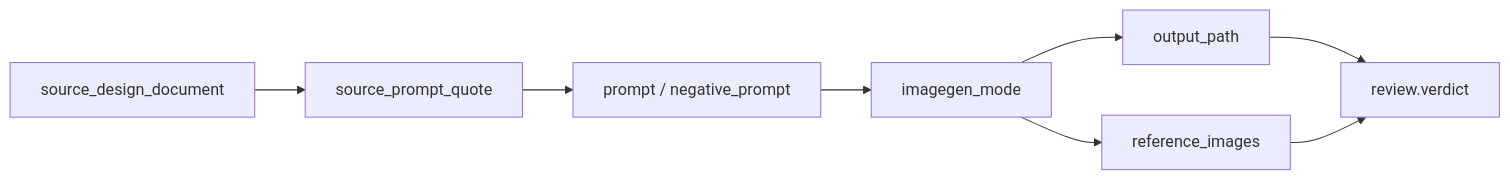
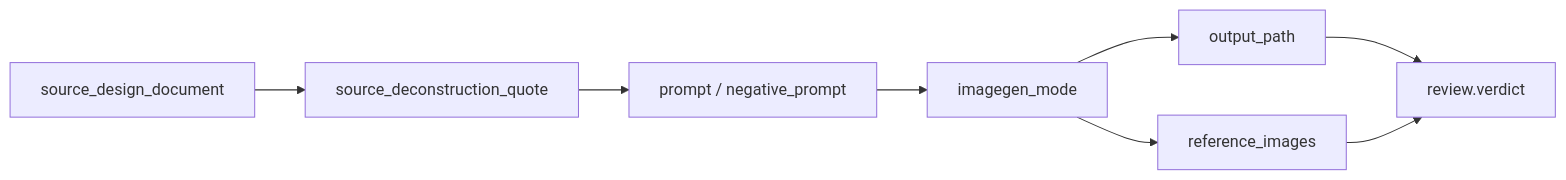
Before and after one commit to ZEN-VOID/AI-CUT: the diagram in .agents/skills/aigc/5-设计/场景/3-生成/references/scene-generation-contract.md, drawn with Mermaid. The commit also changed other lines of this file and 106 other files, not shown here.

````diff
--- a/.agents/skills/aigc/5-设计/场景/3-生成/references/scene-generation-contract.md
+++ b/.agents/skills/aigc/5-设计/场景/3-生成/references/scene-generation-contract.md
@@ -87,10 +89,10 @@
 ```mermaid
 flowchart LR
-    A["source_design_document"] --> B["source_prompt_quote"]
+    A["source_design_document"] --> B["source_deconstruction_quote"]
     B --> C["prompt / negative_prompt"]
     C --> D["imagegen_mode"]
     D --> E["output_path"]
     E --> F["review.verdict"]
     D --> G["reference_images"]
     G --> F
 ```
````
